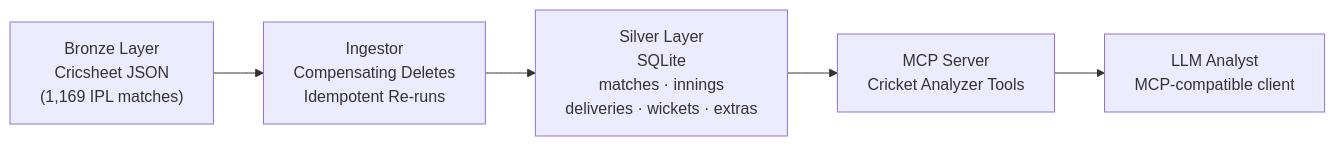
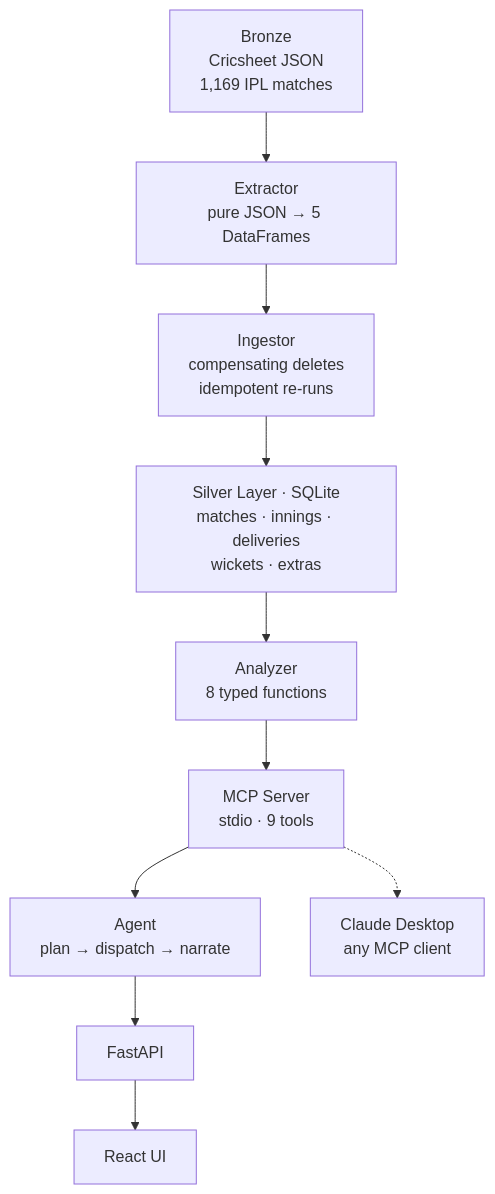
One commit to AkshayCMU/WicketGraph changed the diagram in README.md. Above: the diagram before and after it, drawn with Mermaid. The commit also changed other lines of this file and 19 other files, not shown here.

````diff
--- a/README.md
+++ b/README.md
@@ -41,10 +27,15 @@
 ```mermaid
-flowchart LR
-    A["Bronze Layer\nCricsheet JSON\n(1,169 IPL matches)"]
-    B["Ingestor\nCompensating Deletes\nIdempotent Re-runs"]
-    C["Silver Layer\nSQLite\nmatches · innings\ndeliveries · wickets · extras"]
-    D["MCP Server\nCricket Analyzer Tools"]
-    E["LLM Analyst\nMCP-compatible client"]
+flowchart TB
+    A["Bronze<br/>Cricsheet JSON<br/>1,169 IPL matches"]
+    B["Extractor<br/>pure JSON → 5 DataFrames"]
+    C["Ingestor<br/>compensating deletes<br/>idempotent re-runs"]
+    D["Silver Layer · SQLite<br/>matches · innings · deliveries<br/>wickets · extras"]
+    E["Analyzer<br/>8 typed functions"]
+    F["MCP Server<br/>stdio · 9 tools"]
+    G["Agent<br/>plan → dispatch → narrate"]
+    H["FastAPI"]
+    I["React UI"]
 
-    A --> B --> C --> D --> E
+    A --> B --> C --> D --> E --> F --> G --> H --> I
+    F -.-> J["Claude Desktop<br/>any MCP client"]
 ```
````
